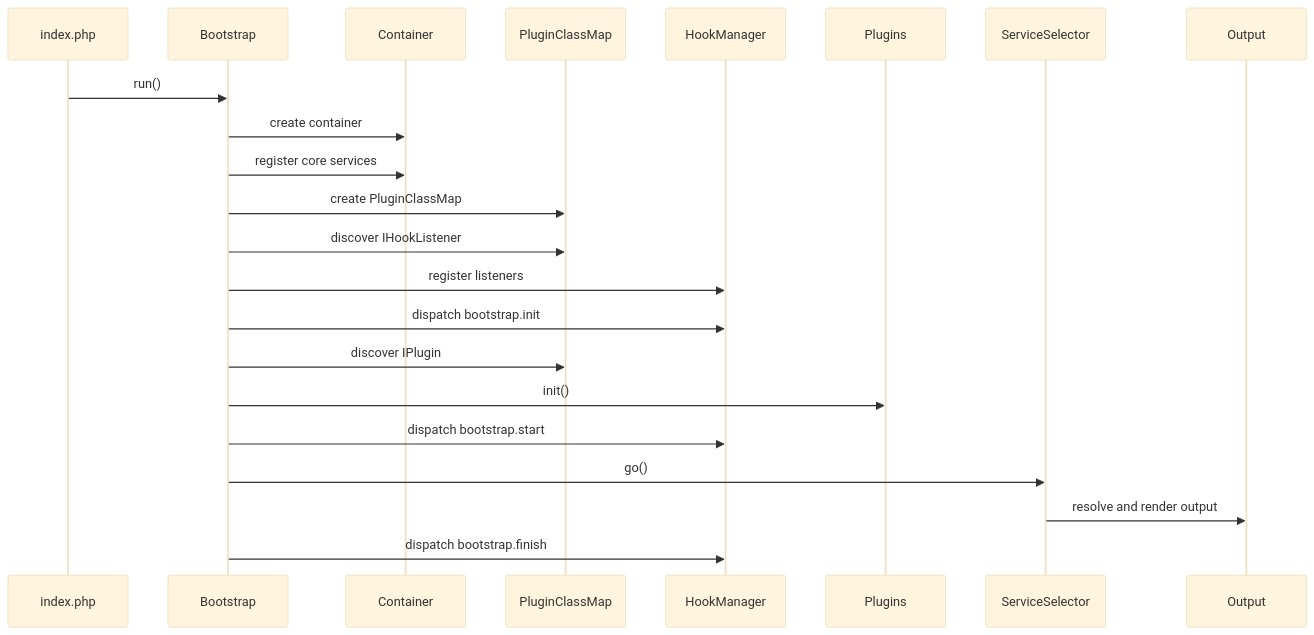
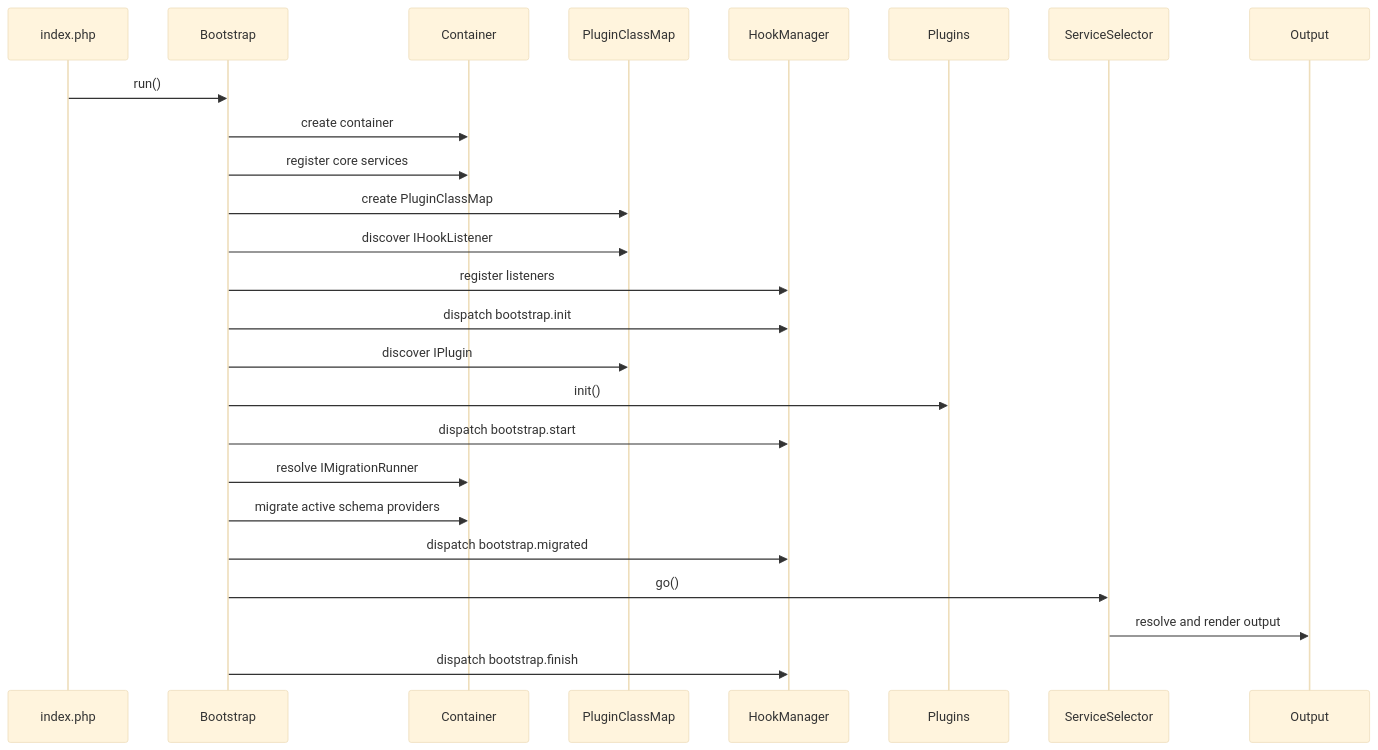
The first of 3 diagrams in docs/architecture-principles.md (ddbase3/Base3Framework), drawn with Mermaid (base theme) before and after one commit. The commit also changed other lines of this file and 14 other files, not shown here.

````diff
--- a/docs/architecture-principles.md
+++ b/docs/architecture-principles.md
@@ -331,25 +337,28 @@
 ```mermaid
 sequenceDiagram
 	participant I as index.php
 	participant B as Bootstrap
 	participant C as Container
 	participant M as PluginClassMap
 	participant H as HookManager
 	participant P as Plugins
 	participant S as ServiceSelector
 	participant O as Output
 
 	I->>B: run()
 	B->>C: create container
 	B->>C: register core services
 	B->>M: create PluginClassMap
 	B->>M: discover IHookListener
 	B->>H: register listeners
 	B->>H: dispatch bootstrap.init
 	B->>M: discover IPlugin
 	B->>P: init()
 	B->>H: dispatch bootstrap.start
+	B->>C: resolve IMigrationRunner
+	B->>C: migrate active schema providers
+	B->>H: dispatch bootstrap.migrated
 	B->>S: go()
 	S->>O: resolve and render output
 	B->>H: dispatch bootstrap.finish
 ```
````
